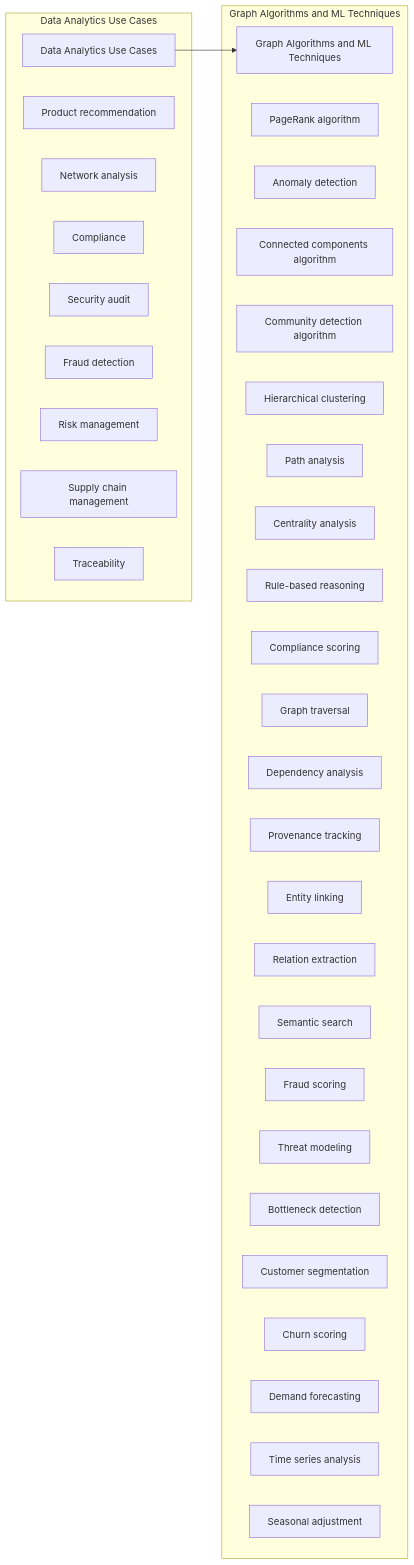
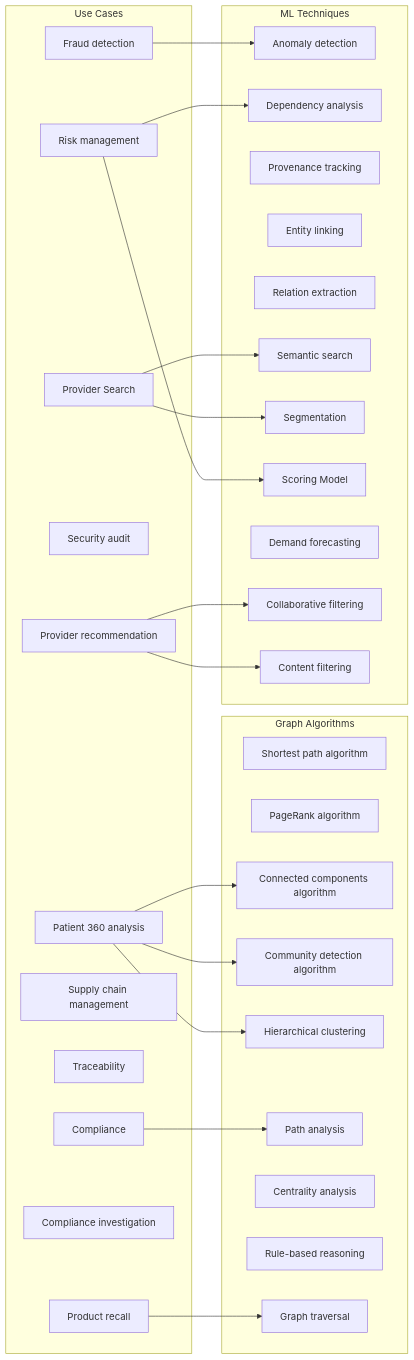
One commit to dmoore247/dais2023 changed the diagram in USECASES.md. Above: the diagram before and after it, drawn with Mermaid.

````diff
--- a/USECASES.md
+++ b/USECASES.md
@@ -2,44 +2,57 @@
 ```mermaid
+
+
 graph LR;
-  subgraph Data Analytics Use Cases
-    A[Customer 360 analysis]
-    B[Product recommendation]
-    C[Network analysis]
-    D[Compliance]
+  subgraph G1["Use Cases"]
+    A[Patient 360 analysis]
+    B[Provider recommendation]
+    C[Compliance]
     E[Security audit]
     F[Fraud detection]
-    G[Risk management]
+    R1[Risk management]
     H[Supply chain management]
-    I[Traceability];
+    I[Traceability]
+    PR[Product recall]
+    U2[Compliance investigation]
+    PS[Provider Search];
+
   end
-  subgraph Graph Algorithms and ML Techniques
+  subgraph G2["Graph Algorithms"]
     J[Shortest path algorithm]
     K[PageRank algorithm]
-    L[Anomaly detection]
     M[Connected components algorithm]
     N[Community detection algorithm]
     O[Hierarchical clustering]
-    P[Path analysis]
+    PA[Path analysis]
     Q[Centrality analysis]
     R[Rule-based reasoning]
-    S[Compliance scoring]
-    T[Graph traversal]
-    U[Dependency analysis]
+    GT[Graph traversal]
+  end
+
+  subgraph G3["ML Techniques"]
+    L[Anomaly detection]
+    DA[Dependency analysis]
     V[Provenance tracking]
     W[Entity linking]
     X[Relation extraction]
-    Y[Semantic search]
-    Z[Fraud scoring]
-    AA[Threat modeling]
-    BB[Bottleneck detection]
-    CC[Customer segmentation]
-    DD[Churn scoring]
+    SS[Semantic search]
+    SEG[Segmentation]
+    SM[Scoring Model]
     EE[Demand forecasting]
-    FF[Time series analysis]
-    GG[Seasonal adjustment];
+    HH[Collaborative filtering]
+    JJ[Content filtering]
   end
-  A[Data Analytics Use Cases] --> J[Graph Algorithms and ML Techniques];
-  
 
-  
+  A --> M;
+  A --> N;
+  A --> O;
+  F --> L;
+  B --> HH;
+  B --> JJ;
+  PR --> GT;
+  R1 --> DA;
+  PS --> SS;
+  PS --> SEG;
+  C --> PA;
+  R1 --> SM;
 ```
````
